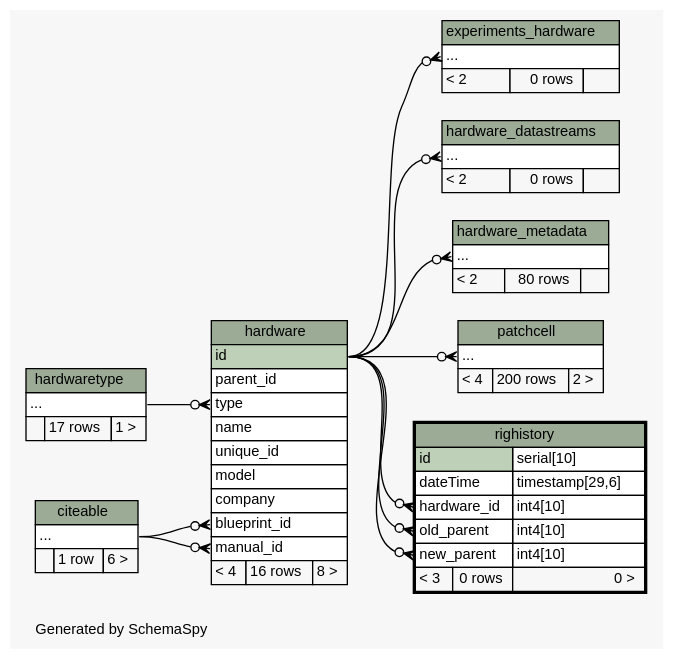
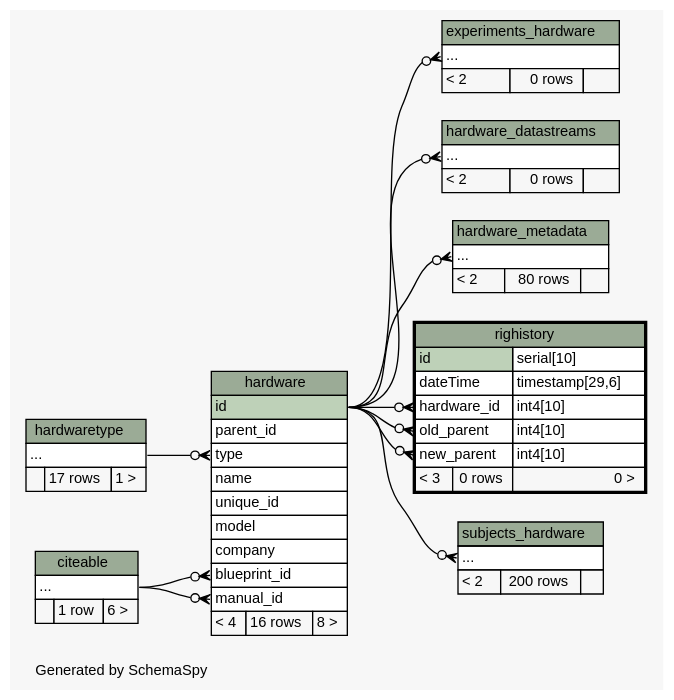
The diagram in database/ss/diagrams/righistory.2degrees.dot (tgbugs/mlab), drawn with Graphviz before and after one commit. The commit also changed 292 other files, not shown here.

```diff
--- a/database/ss/diagrams/righistory.2degrees.dot
+++ b/database/ss/diagrams/righistory.2degrees.dot
@@ -1,124 +1,124 @@
-// dot 2.32.0 on Windows 7 6.1
+// dot 2.34.0 on Windows 7 6.1
 // SchemaSpy rev 590
 digraph "twoDegreesRelationshipsDiagram" {
   graph [
     rankdir="RL"
     bgcolor="#f7f7f7"
     label="\nGenerated by SchemaSpy"
     labeljust="l"
     nodesep="0.18"
     ranksep="0.46"
     fontname="Helvetica"
     fontsize="11"
   ];
   node [
     fontname="Helvetica"
     fontsize="11"
     shape="plaintext"
   ];
   edge [
     arrowsize="0.8"
   ];
   "experiments_hardware":"elipses":w -> "hardware":"id":e [arrowhead=none dir=back arrowtail=crowodot];
   "hardware":"blueprint_id":w -> "citeable":"elipses":e [arrowhead=none dir=back arrowtail=crowodot];
   "hardware":"manual_id":w -> "citeable":"elipses":e [arrowhead=none dir=back arrowtail=crowodot];
   "hardware":"type":w -> "hardwaretype":"elipses":e [arrowhead=none dir=back arrowtail=crowodot];
   "hardware_datastreams":"elipses":w -> "hardware":"id":e [arrowhead=none dir=back arrowtail=crowodot];
   "hardware_metadata":"elipses":w -> "hardware":"id":e [arrowhead=none dir=back arrowtail=crowodot];
-  "patchcell":"elipses":w -> "hardware":"id":e [arrowhead=none dir=back arrowtail=crowodot];
   "righistory":"hardware_id":w -> "hardware":"id":e [arrowhead=none dir=back arrowtail=crowodot];
   "righistory":"new_parent":w -> "hardware":"id":e [arrowhead=none dir=back arrowtail=crowodot];
   "righistory":"old_parent":w -> "hardware":"id":e [arrowhead=none dir=back arrowtail=crowodot];
+  "subjects_hardware":"elipses":w -> "hardware":"id":e [arrowhead=none dir=back arrowtail=crowodot];
   "citeable" [
     label=<
     <TABLE BORDER="0" CELLBORDER="1" CELLSPACING="0" BGCOLOR="#ffffff">
       <TR><TD COLSPAN="3" BGCOLOR="#9bab96" ALIGN="CENTER">citeable</TD></TR>
       <TR><TD PORT="elipses" COLSPAN="3" ALIGN="LEFT">...</TD></TR>
       <TR><TD ALIGN="LEFT" BGCOLOR="#f7f7f7">  </TD><TD ALIGN="RIGHT" BGCOLOR="#f7f7f7">1 row</TD><TD ALIGN="RIGHT" BGCOLOR="#f7f7f7">6 &gt;</TD></TR>
     </TABLE>>
     URL="citeable.html"
     tooltip="citeable"
   ];
   "experiments_hardware" [
     label=<
     <TABLE BORDER="0" CELLBORDER="1" CELLSPACING="0" BGCOLOR="#ffffff">
       <TR><TD COLSPAN="3" BGCOLOR="#9bab96" ALIGN="CENTER">experiments_hardware</TD></TR>
       <TR><TD PORT="elipses" COLSPAN="3" ALIGN="LEFT">...</TD></TR>
       <TR><TD ALIGN="LEFT" BGCOLOR="#f7f7f7">&lt; 2</TD><TD ALIGN="RIGHT" BGCOLOR="#f7f7f7">0 rows</TD><TD ALIGN="RIGHT" BGCOLOR="#f7f7f7">  </TD></TR>
     </TABLE>>
     URL="experiments_hardware.html"
     tooltip="experiments_hardware"
   ];
   "hardware" [
     label=<
     <TABLE BORDER="0" CELLBORDER="1" CELLSPACING="0" BGCOLOR="#ffffff">
       <TR><TD COLSPAN="3" BGCOLOR="#9bab96" ALIGN="CENTER">hardware</TD></TR>
       <TR><TD PORT="id" COLSPAN="3" BGCOLOR="#bed1b8" ALIGN="LEFT">id</TD></TR>
       <TR><TD PORT="parent_id" COLSPAN="3" ALIGN="LEFT">parent_id</TD></TR>
       <TR><TD PORT="type" COLSPAN="3" ALIGN="LEFT">type</TD></TR>
       <TR><TD PORT="name" COLSPAN="3" ALIGN="LEFT">name</TD></TR>
       <TR><TD PORT="unique_id" COLSPAN="3" ALIGN="LEFT">unique_id</TD></TR>
       <TR><TD PORT="model" COLSPAN="3" ALIGN="LEFT">model</TD></TR>
       <TR><TD PORT="company" COLSPAN="3" ALIGN="LEFT">company</TD></TR>
       <TR><TD PORT="blueprint_id" COLSPAN="3" ALIGN="LEFT">blueprint_id</TD></TR>
       <TR><TD PORT="manual_id" COLSPAN="3" ALIGN="LEFT">manual_id</TD></TR>
       <TR><TD ALIGN="LEFT" BGCOLOR="#f7f7f7">&lt; 4</TD><TD ALIGN="RIGHT" BGCOLOR="#f7f7f7">16 rows</TD><TD ALIGN="RIGHT" BGCOLOR="#f7f7f7">8 &gt;</TD></TR>
     </TABLE>>
     URL="hardware.html"
     tooltip="hardware"
   ];
   "hardware_datastreams" [
     label=<
     <TABLE BORDER="0" CELLBORDER="1" CELLSPACING="0" BGCOLOR="#ffffff">
       <TR><TD COLSPAN="3" BGCOLOR="#9bab96" ALIGN="CENTER">hardware_datastreams</TD></TR>
       <TR><TD PORT="elipses" COLSPAN="3" ALIGN="LEFT">...</TD></TR>
       <TR><TD ALIGN="LEFT" BGCOLOR="#f7f7f7">&lt; 2</TD><TD ALIGN="RIGHT" BGCOLOR="#f7f7f7">0 rows</TD><TD ALIGN="RIGHT" BGCOLOR="#f7f7f7">  </TD></TR>
     </TABLE>>
     URL="hardware_datastreams.html"
     tooltip="hardware_datastreams"
   ];
   "hardware_metadata" [
     label=<
     <TABLE BORDER="0" CELLBORDER="1" CELLSPACING="0" BGCOLOR="#ffffff">
       <TR><TD COLSPAN="3" BGCOLOR="#9bab96" ALIGN="CENTER">hardware_metadata</TD></TR>
       <TR><TD PORT="elipses" COLSPAN="3" ALIGN="LEFT">...</TD></TR>
       <TR><TD ALIGN="LEFT" BGCOLOR="#f7f7f7">&lt; 2</TD><TD ALIGN="RIGHT" BGCOLOR="#f7f7f7">80 rows</TD><TD ALIGN="RIGHT" BGCOLOR="#f7f7f7">  </TD></TR>
     </TABLE>>
     URL="hardware_metadata.html"
     tooltip="hardware_metadata"
   ];
   "hardwaretype" [
     label=<
     <TABLE BORDER="0" CELLBORDER="1" CELLSPACING="0" BGCOLOR="#ffffff">
       <TR><TD COLSPAN="3" BGCOLOR="#9bab96" ALIGN="CENTER">hardwaretype</TD></TR>
       <TR><TD PORT="elipses" COLSPAN="3" ALIGN="LEFT">...</TD></TR>
       <TR><TD ALIGN="LEFT" BGCOLOR="#f7f7f7">  </TD><TD ALIGN="RIGHT" BGCOLOR="#f7f7f7">17 rows</TD><TD ALIGN="RIGHT" BGCOLOR="#f7f7f7">1 &gt;</TD></TR>
     </TABLE>>
     URL="hardwaretype.html"
     tooltip="hardwaretype"
   ];
-  "patchcell" [
-    label=<
-    <TABLE BORDER="0" CELLBORDER="1" CELLSPACING="0" BGCOLOR="#ffffff">
-      <TR><TD COLSPAN="3" BGCOLOR="#9bab96" ALIGN="CENTER">patchcell</TD></TR>
-      <TR><TD PORT="elipses" COLSPAN="3" ALIGN="LEFT">...</TD></TR>
-      <TR><TD ALIGN="LEFT" BGCOLOR="#f7f7f7">&lt; 4</TD><TD ALIGN="RIGHT" BGCOLOR="#f7f7f7">200 rows</TD><TD ALIGN="RIGHT" BGCOLOR="#f7f7f7">2 &gt;</TD></TR>
-    </TABLE>>
-    URL="patchcell.html"
-    tooltip="patchcell"
-  ];
   "righistory" [
     label=<
     <TABLE BORDER="2" CELLBORDER="1" CELLSPACING="0" BGCOLOR="#ffffff">
       <TR><TD COLSPAN="3" BGCOLOR="#9bab96" ALIGN="CENTER">righistory</TD></TR>
       <TR><TD PORT="id" COLSPAN="2" BGCOLOR="#bed1b8" ALIGN="LEFT">id</TD><TD PORT="id.type" ALIGN="LEFT">serial[10]</TD></TR>
       <TR><TD PORT="dateTime" COLSPAN="2" ALIGN="LEFT">dateTime</TD><TD PORT="dateTime.type" ALIGN="LEFT">timestamp[29,6]</TD></TR>
       <TR><TD PORT="hardware_id" COLSPAN="2" ALIGN="LEFT">hardware_id</TD><TD PORT="hardware_id.type" ALIGN="LEFT">int4[10]</TD></TR>
       <TR><TD PORT="old_parent" COLSPAN="2" ALIGN="LEFT">old_parent</TD><TD PORT="old_parent.type" ALIGN="LEFT">int4[10]</TD></TR>
       <TR><TD PORT="new_parent" COLSPAN="2" ALIGN="LEFT">new_parent</TD><TD PORT="new_parent.type" ALIGN="LEFT">int4[10]</TD></TR>
       <TR><TD ALIGN="LEFT" BGCOLOR="#f7f7f7">&lt; 3</TD><TD ALIGN="RIGHT" BGCOLOR="#f7f7f7">0 rows</TD><TD ALIGN="RIGHT" BGCOLOR="#f7f7f7">0 &gt;</TD></TR>
     </TABLE>>
     URL="righistory.html"
     tooltip="righistory"
   ];
+  "subjects_hardware" [
+    label=<
+    <TABLE BORDER="0" CELLBORDER="1" CELLSPACING="0" BGCOLOR="#ffffff">
+      <TR><TD COLSPAN="3" BGCOLOR="#9bab96" ALIGN="CENTER">subjects_hardware</TD></TR>
+      <TR><TD PORT="elipses" COLSPAN="3" ALIGN="LEFT">...</TD></TR>
+      <TR><TD ALIGN="LEFT" BGCOLOR="#f7f7f7">&lt; 2</TD><TD ALIGN="RIGHT" BGCOLOR="#f7f7f7">200 rows</TD><TD ALIGN="RIGHT" BGCOLOR="#f7f7f7">  </TD></TR>
+    </TABLE>>
+    URL="subjects_hardware.html"
+    tooltip="subjects_hardware"
+  ];
 }
```
